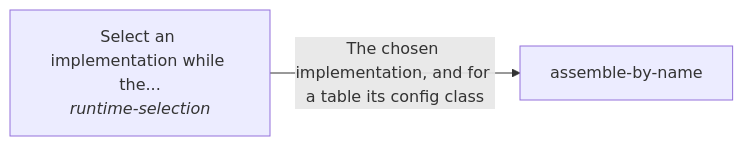
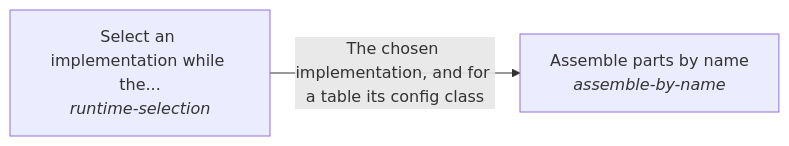
The diagram in implementations/python/esoi/esoi-runtime/README.md (JoshuaMathias/evolvable-structure), drawn with Mermaid before and after one commit. The commit also changed other lines of this file and 13 other files, not shown here.

````diff
--- a/implementations/python/esoi/esoi-runtime/README.md
+++ b/implementations/python/esoi/esoi-runtime/README.md
@@ -17,6 +17,6 @@
 ```mermaid
 flowchart LR
     s0["Select an implementation while the...<br/><i>runtime-selection</i>"]
-    s1["assemble-by-name"]
+    s1["Assemble parts by name<br/><i>assemble-by-name</i>"]
     s0 -->|"The chosen implementation, and for a table its config class"| s1
 ```
````
